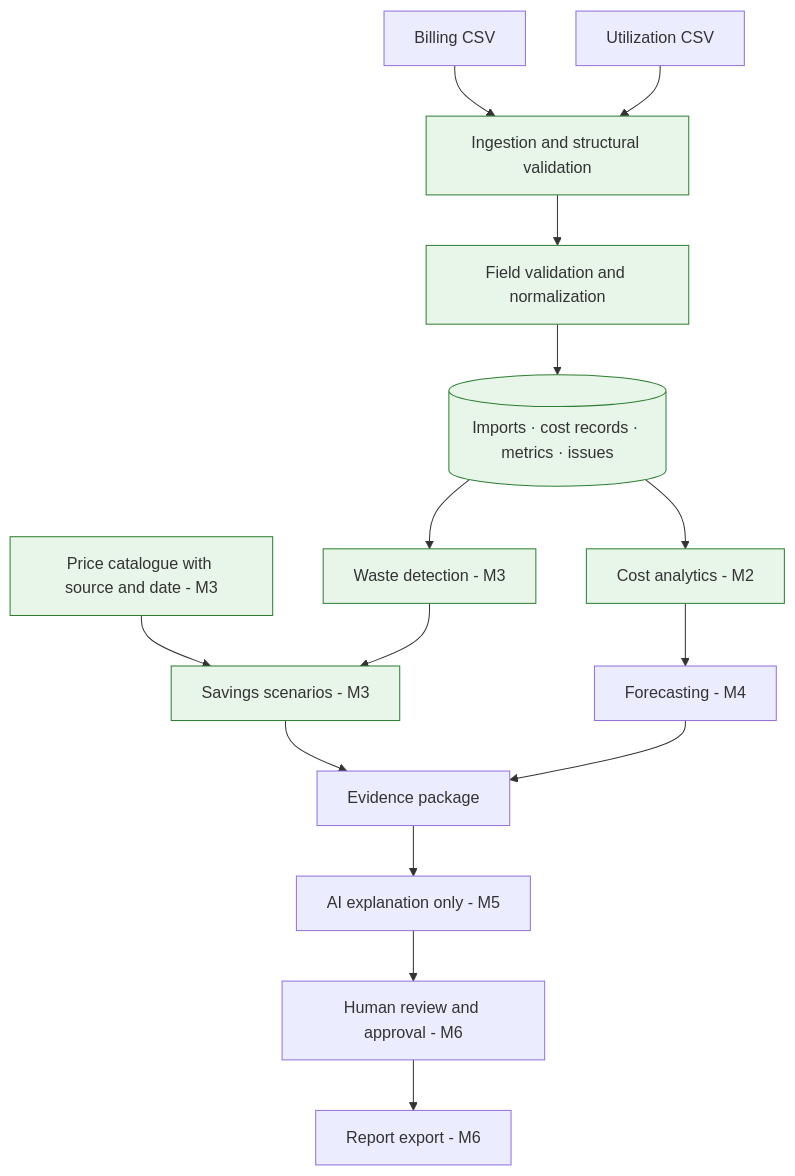
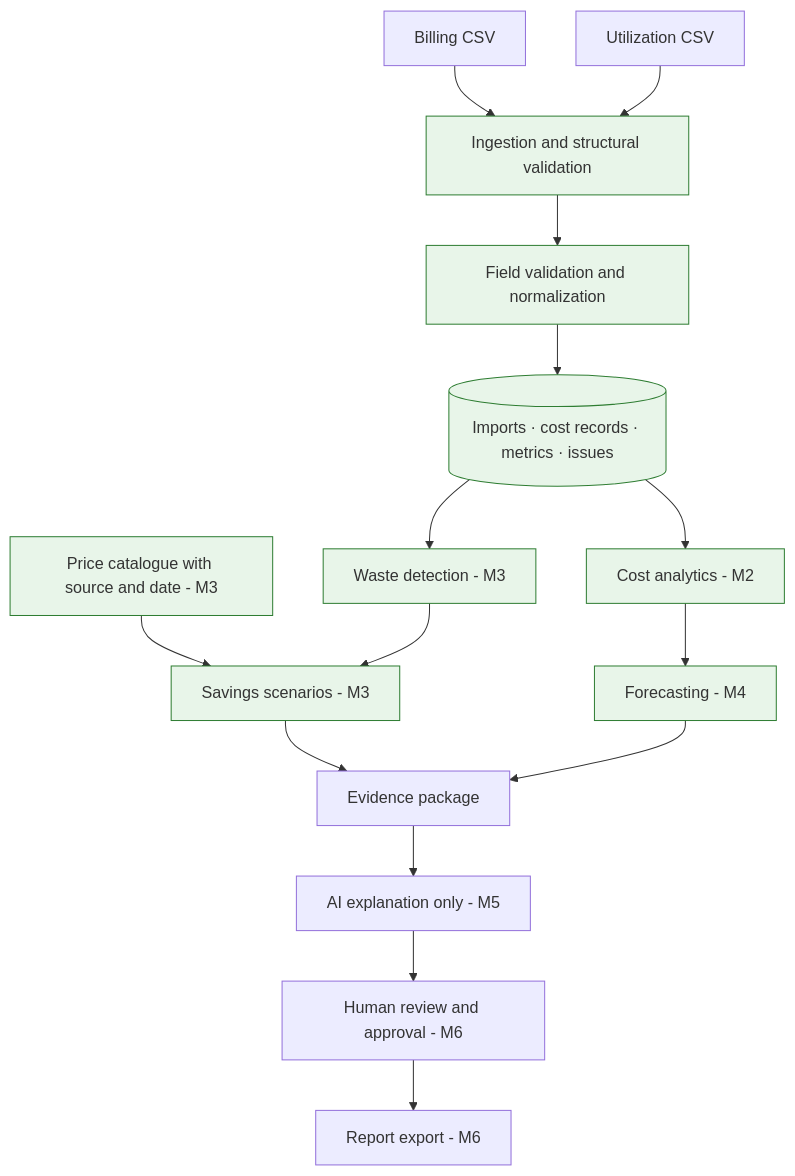
The diagram in README.md (bharath609/CloudPilot.ai), drawn with Mermaid before and after one commit. The commit also changed other lines of this file and 14 other files, not shown here.

````diff
--- a/README.md
+++ b/README.md
@@ -54,25 +56,26 @@
 ```mermaid
 flowchart TD
   A[Billing CSV] --> B[Ingestion and structural validation]
   C[Utilization CSV] --> B
   B --> D[Field validation and normalization]
   D --> E[(Imports · cost records · metrics · issues)]
   E --> F[Cost analytics - M2]
   E --> G[Waste detection - M3]
   P[Price catalogue with source and date - M3] --> H[Savings scenarios - M3]
   G --> H
   F --> I[Forecasting - M4]
   H --> J[Evidence package]
   I --> J
   J --> K[AI explanation only - M5]
   K --> L[Human review and approval - M6]
   L --> M[Report export - M6]
 
   style B fill:#e8f5e9,stroke:#2e7d32
   style D fill:#e8f5e9,stroke:#2e7d32
   style E fill:#e8f5e9,stroke:#2e7d32
   style F fill:#e8f5e9,stroke:#2e7d32
   style G fill:#e8f5e9,stroke:#2e7d32
   style H fill:#e8f5e9,stroke:#2e7d32
+  style I fill:#e8f5e9,stroke:#2e7d32
   style P fill:#e8f5e9,stroke:#2e7d32
 ```
````
